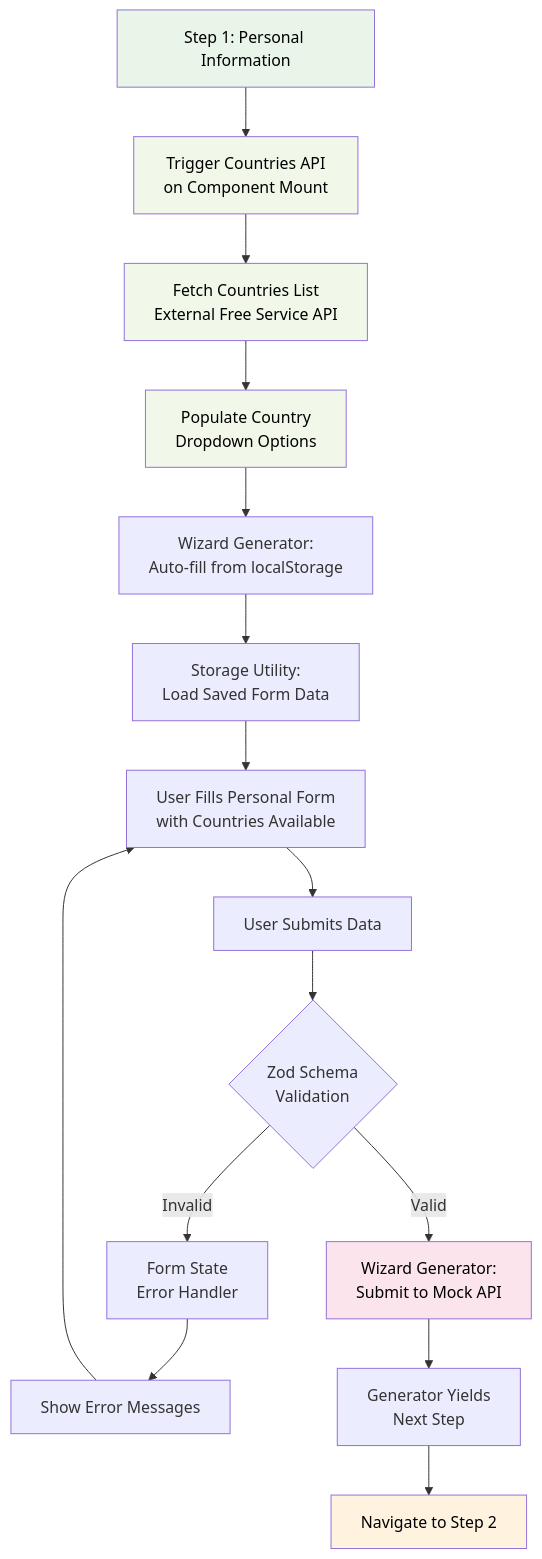
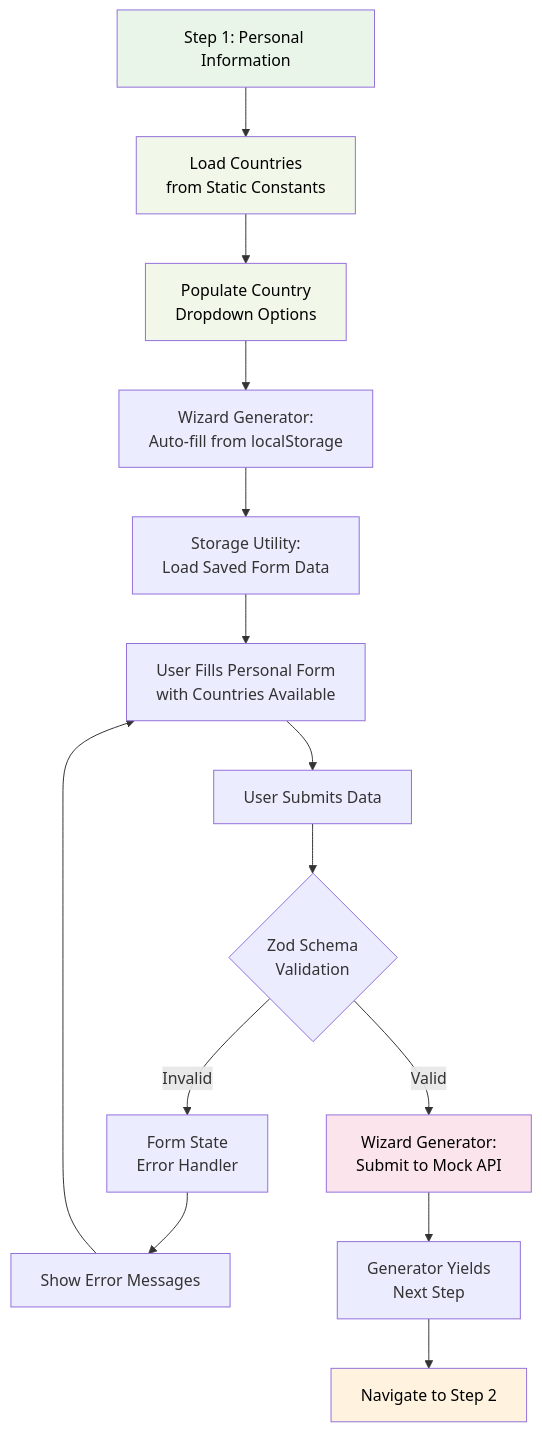
The second of 6 diagrams in README.md (noubarhanno/social-support-assignment), drawn with Mermaid before and after one commit. The commit also changed other lines of this file and 11 other files, not shown here.

First line of the commit message:
refactor: migrate country and form option constants to static files

````diff
--- a/README.md
+++ b/README.md
@@ -118,28 +118,26 @@
 ```mermaid
 flowchart TD
-    Step1[Step 1: Personal Information] --> TriggerCountries[Trigger Countries API<br/>on Component Mount]
-    TriggerCountries --> FetchCountries[Fetch Countries List<br/>External Free Service API]
-    FetchCountries --> PopulateDropdown[Populate Country<br/>Dropdown Options]
+    Step1[Step 1: Personal Information] --> LoadCountries[Load Countries<br/>from Static Constants]
+    LoadCountries --> PopulateDropdown[Populate Country<br/>Dropdown Options]
 
     PopulateDropdown --> WizGen[Wizard Generator:<br/>Auto-fill from localStorage]
     WizGen --> StorageLoad[Storage Utility:<br/>Load Saved Form Data]
     StorageLoad --> UserFill[User Fills Personal Form<br/>with Countries Available]
 
     UserFill --> Submit[User Submits Data]
     Submit --> Validation{Zod Schema<br/>Validation}
 
     Validation -->|Invalid| ErrorHandler[Form State<br/>Error Handler]
     ErrorHandler --> ErrorMsg[Show Error Messages]
     ErrorMsg --> UserFill
 
     Validation -->|Valid| MockAPI[Wizard Generator:<br/>Submit to Mock API]
     MockAPI --> YieldNext[Generator Yields<br/>Next Step]
     YieldNext --> Step2[Navigate to Step 2]
 
     style Step1 fill:#e8f5e8,color:#000
-    style TriggerCountries fill:#f1f8e9,color:#000
-    style FetchCountries fill:#f1f8e9,color:#000
+    style LoadCountries fill:#f1f8e9,color:#000
     style PopulateDropdown fill:#f1f8e9,color:#000
     style MockAPI fill:#fce4ec,color:#000
     style Step2 fill:#fff3e0,color:#000
 ```
````
